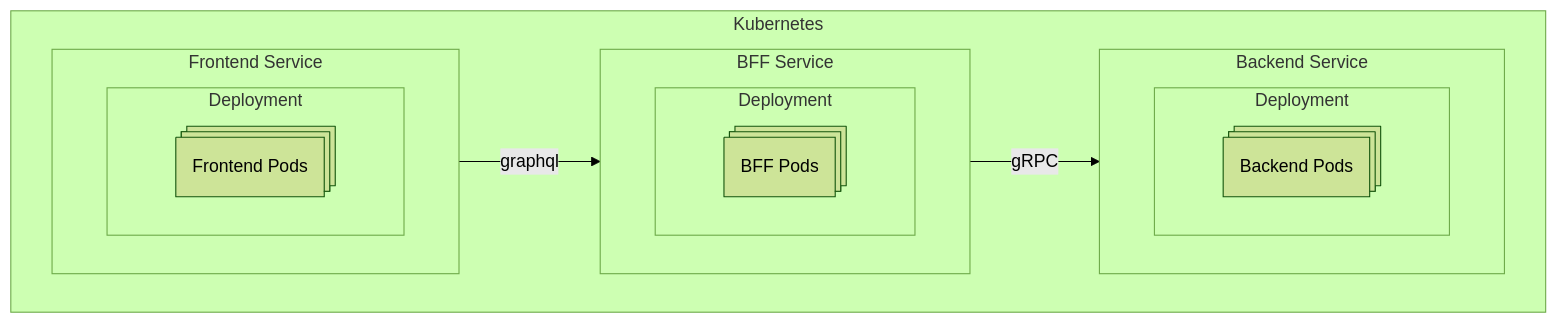
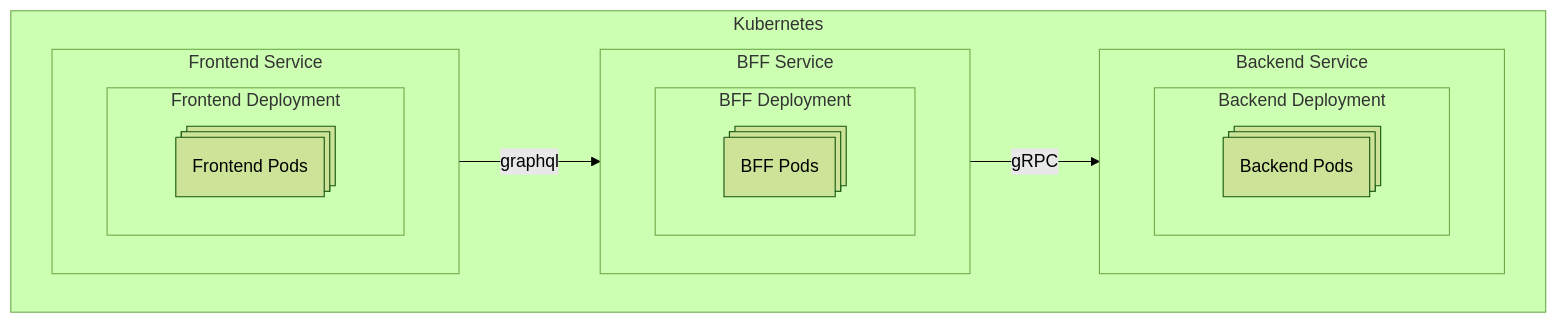
Before and after one commit to benggri/study: the diagram in application/architecture/nodejs.md, drawn with Mermaid (forest theme).

````diff
--- a/application/architecture/nodejs.md
+++ b/application/architecture/nodejs.md
@@ -3,28 +3,29 @@
 ```mermaid
 flowchart LR
     subgraph k8s [Kubernetes]
       direction LR
+
       subgraph fesvc [Frontend Service]
-        direction LR
-        subgraph fedep [Deployment]
           direction LR
-          fep@{ shape: procs, label: "Frontend Pods"}
-        end
+          subgraph fedep [Frontend Deployment]
+              direction LR
+              fep@{ shape: procs, label: "Frontend Pods"}
+          end
       end
       subgraph bffsvc [BFF Service]
         direction LR
-        subgraph bffdep [Deployment]
+        subgraph bffdep [BFF Deployment]
           direction LR
           bffp@{ shape: procs, label: "BFF Pods"}
         end
       end
       subgraph besvc [Backend Service]
         direction LR
-        subgraph bedep [Deployment]
+        subgraph bedep [Backend Deployment]
           direction LR
           bep@{ shape: procs, label: "Backend Pods"}
         end
       end
       fep -- graphql --> bffsvc -- gRPC --> besvc
     end
 ```
````
